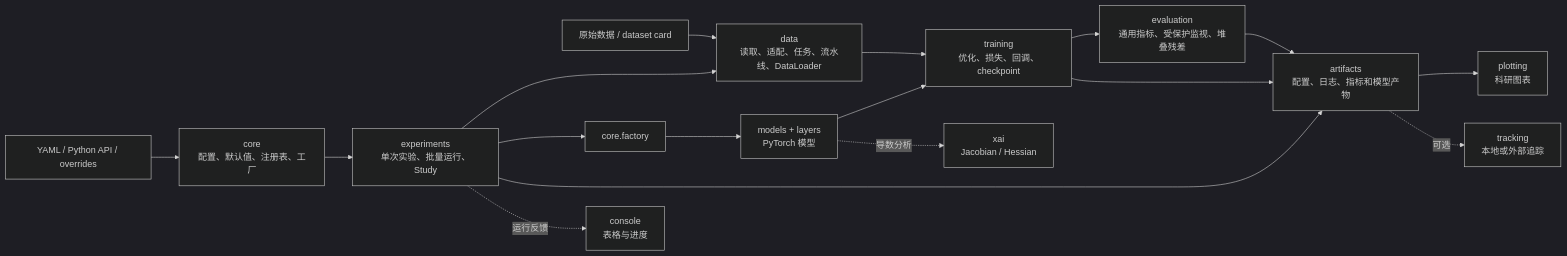
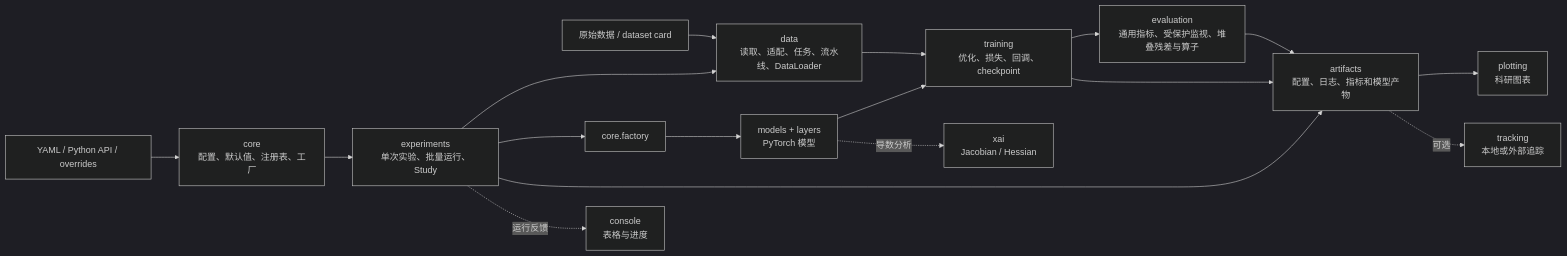
Before and after one commit to pfx43/torch-joff-ai: the first of 3 diagrams in docs/04-技术架构.md, drawn with Mermaid (dark theme). The commit also changed other lines of this file and 6 other files, not shown here.

````diff
--- a/docs/04-技术架构.md
+++ b/docs/04-技术架构.md
@@ -33,23 +33,23 @@
 ```mermaid
 flowchart LR
     U["YAML / Python API / overrides"] --> C["core<br/>配置、默认值、注册表、工厂"]
     C --> X["experiments<br/>单次实验、批量运行、Study"]
 
     S["原始数据 / dataset card"] --> D["data<br/>读取、适配、任务、流水线、DataLoader"]
     X --> D
 
     X --> F["core.factory"]
     F --> M["models + layers<br/>PyTorch 模型"]
     D --> T["training<br/>优化、损失、回调、checkpoint"]
     M --> T
 
-    T --> E["evaluation<br/>通用指标、受保护监视、堆叠残差"]
+    T --> E["evaluation<br/>通用指标、受保护监视、堆叠残差与算子"]
     X --> A["artifacts<br/>配置、日志、指标和模型产物"]
     T --> A
     E --> A
 
     A --> P["plotting<br/>科研图表"]
     A -. "可选" .-> R["tracking<br/>本地或外部追踪"]
     X -. "运行反馈" .-> O["console<br/>表格与进度"]
     M -. "导数分析" .-> Z["xai<br/>Jacobian / Hessian"]
 ```
````
